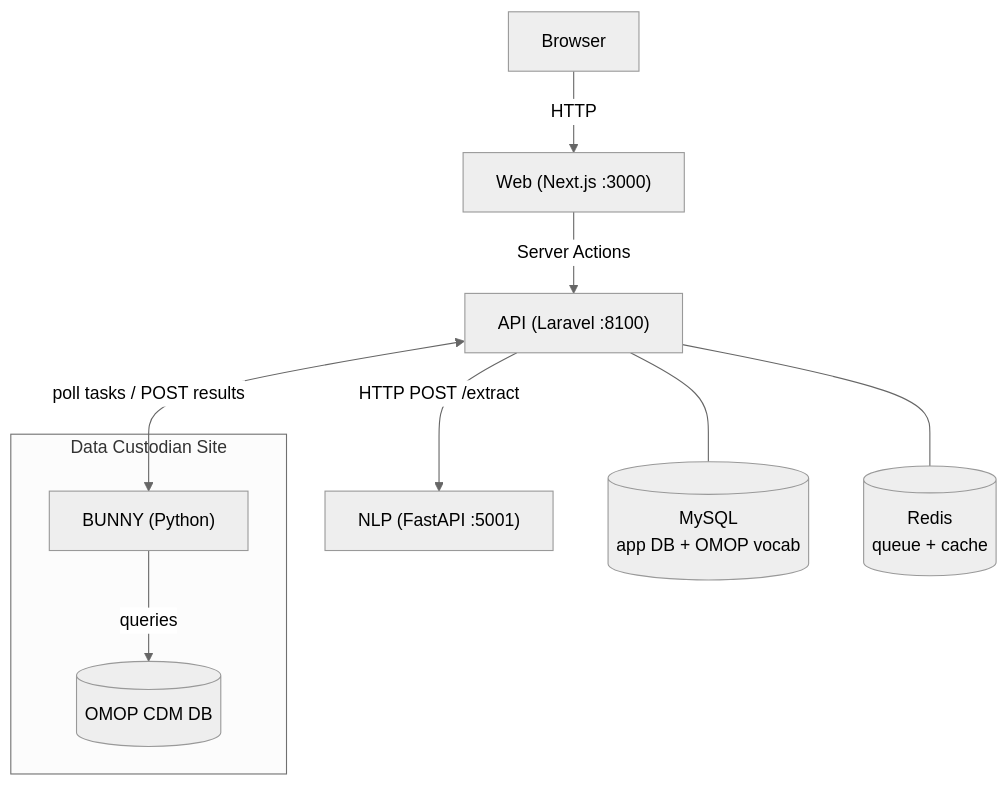
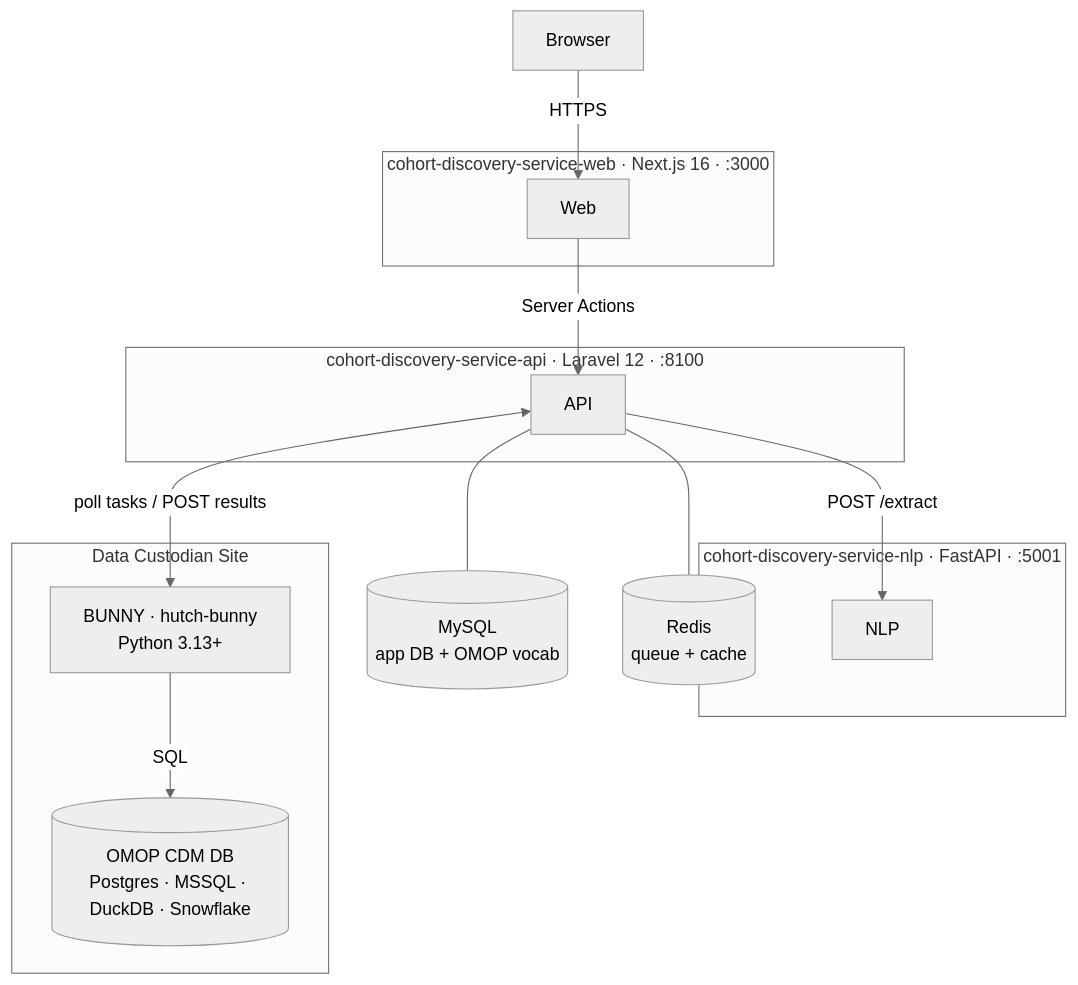
The diagram in docs/developers/index.md (HDRUK/cohort-discovery-service-docs), drawn with Mermaid (neutral theme) before and after one commit. The commit also changed other lines of this file and 15 other files, not shown here.

````diff
--- a/docs/developers/index.md
+++ b/docs/developers/index.md
@@ -70,14 +17,27 @@
 ```mermaid
 graph TD
-    Browser["Browser"] -->|HTTP| Web["Web (Next.js :3000)"]
-    Web -->|Server Actions| API["API (Laravel :8100)"]
-    API -->|HTTP POST /extract| NLP["NLP (FastAPI :5001)"]
+    Browser["Browser"] -->|HTTPS| Web
+
+    subgraph cds-web["cohort-discovery-service-web · Next.js 16 · :3000"]
+        Web["Web"]
+    end
+
+    subgraph cds-api["cohort-discovery-service-api · Laravel 12 · :8100"]
+        API["API"]
+    end
+
+    subgraph cds-nlp["cohort-discovery-service-nlp · FastAPI · :5001"]
+        NLP["NLP"]
+    end
+
+    Web -->|Server Actions| API
+    API -->|POST /extract| NLP
     API --- MySQL[("MySQL\napp DB + OMOP vocab")]
     API --- Redis[("Redis\nqueue + cache")]
 
     subgraph Custodian["Data Custodian Site"]
-        Bunny["BUNNY (Python)"] -->|queries| OMOPDB[("OMOP CDM DB")]
+        BUNNY["BUNNY · hutch-bunny\nPython 3.13+"] -->|SQL| OMOPDB[("OMOP CDM DB\nPostgres · MSSQL · DuckDB · Snowflake")]
     end
 
-    API <-->|poll tasks / POST results| Bunny
+    API <-->|"poll tasks / POST results"| BUNNY
 ```
````
